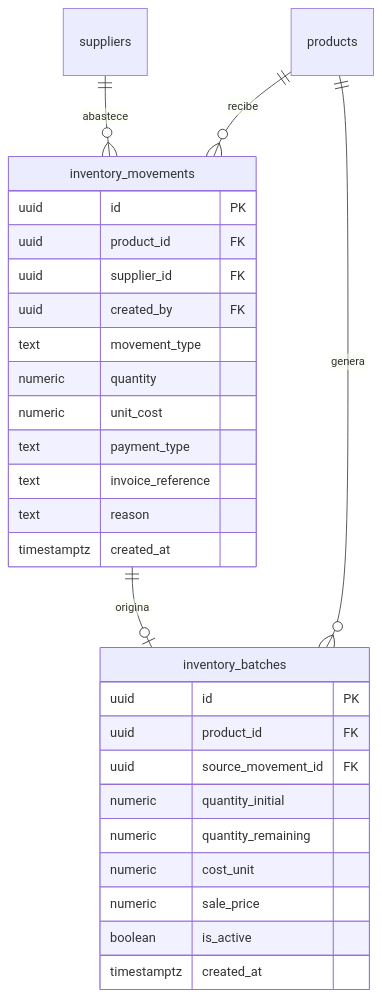
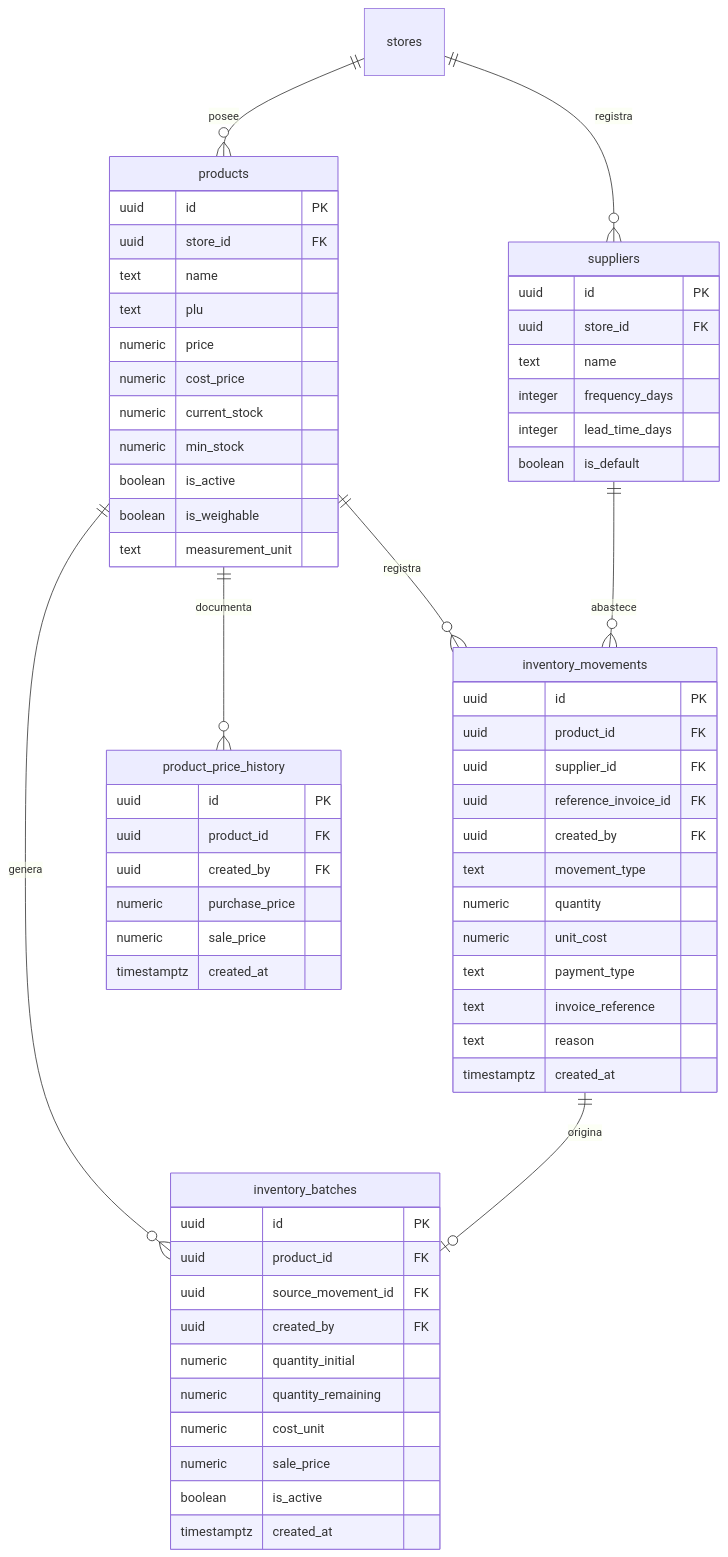
One commit to YamirJCF/tienda-barrio-pro changed the third of 3 diagrams in documentation/01_requirements/SDD/SDD_006_01_01_MOVIMIENTOS_ENTRADA.md. Above: the diagram before and after it, drawn with Mermaid. The commit also changed other lines of this file, not shown here.

````diff
--- a/documentation/01_requirements/SDD/SDD_006_01_01_MOVIMIENTOS_ENTRADA.md
+++ b/documentation/01_requirements/SDD/SDD_006_01_01_MOVIMIENTOS_ENTRADA.md
@@ -172,33 +306,70 @@
 ```mermaid
 erDiagram
+    stores ||--o{ products : "posee"
+    stores ||--o{ suppliers : "registra"
+    products ||--o{ inventory_movements : "registra"
+    products ||--o{ inventory_batches : "genera"
+    products ||--o{ product_price_history : "documenta"
     suppliers ||--o{ inventory_movements : "abastece"
-    products ||--o{ inventory_movements : "recibe"
-    products ||--o{ inventory_batches : "genera"
     inventory_movements ||--o| inventory_batches : "origina"
+
+    products {
+        uuid id PK
+        uuid store_id FK
+        text name
+        text plu
+        numeric price
+        numeric cost_price
+        numeric current_stock
+        numeric min_stock
+        boolean is_active
+        boolean is_weighable
+        text measurement_unit
+    }
+
+    suppliers {
+        uuid id PK
+        uuid store_id FK
+        text name
+        integer frequency_days
+        integer lead_time_days
+        boolean is_default
+    }
 
     inventory_movements {
         uuid id PK
         uuid product_id FK
         uuid supplier_id FK
+        uuid reference_invoice_id FK
         uuid created_by FK
         text movement_type
         numeric quantity
         numeric unit_cost
         text payment_type
         text invoice_reference
         text reason
         timestamptz created_at
     }
 
     inventory_batches {
         uuid id PK
         uuid product_id FK
         uuid source_movement_id FK
+        uuid created_by FK
         numeric quantity_initial
         numeric quantity_remaining
         numeric cost_unit
         numeric sale_price
         boolean is_active
         timestamptz created_at
     }
+
+    product_price_history {
+        uuid id PK
+        uuid product_id FK
+        uuid created_by FK
+        numeric purchase_price
+        numeric sale_price
+        timestamptz created_at
+    }
 ```
````
